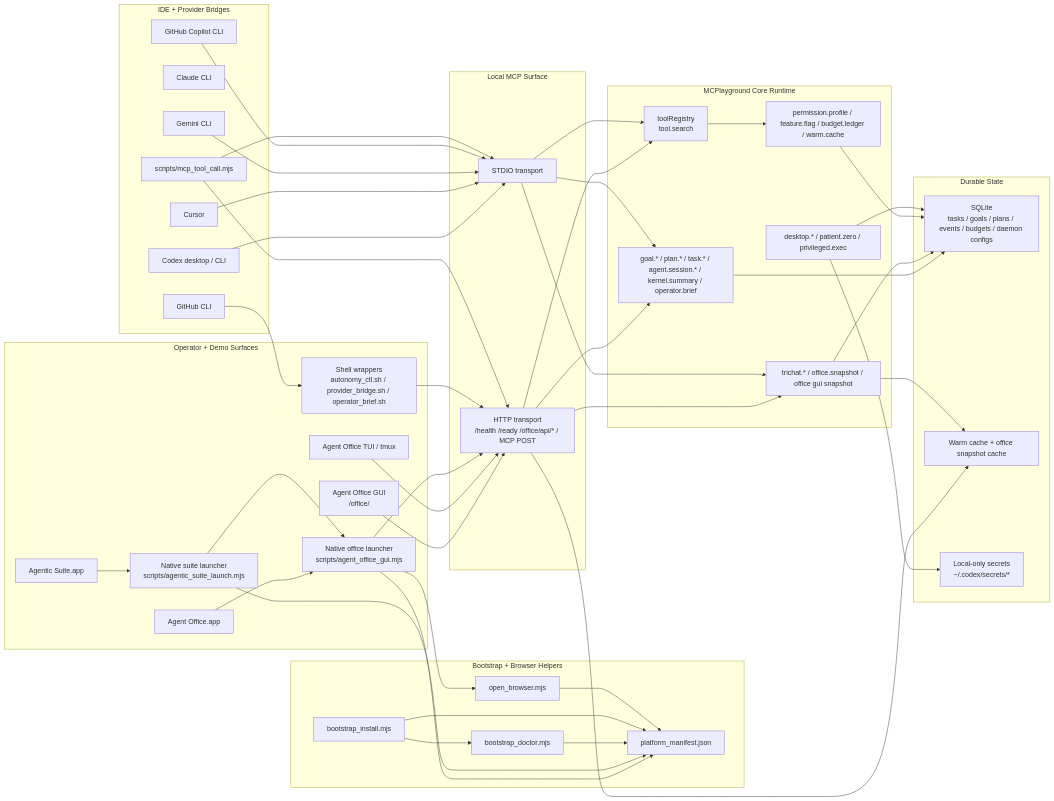
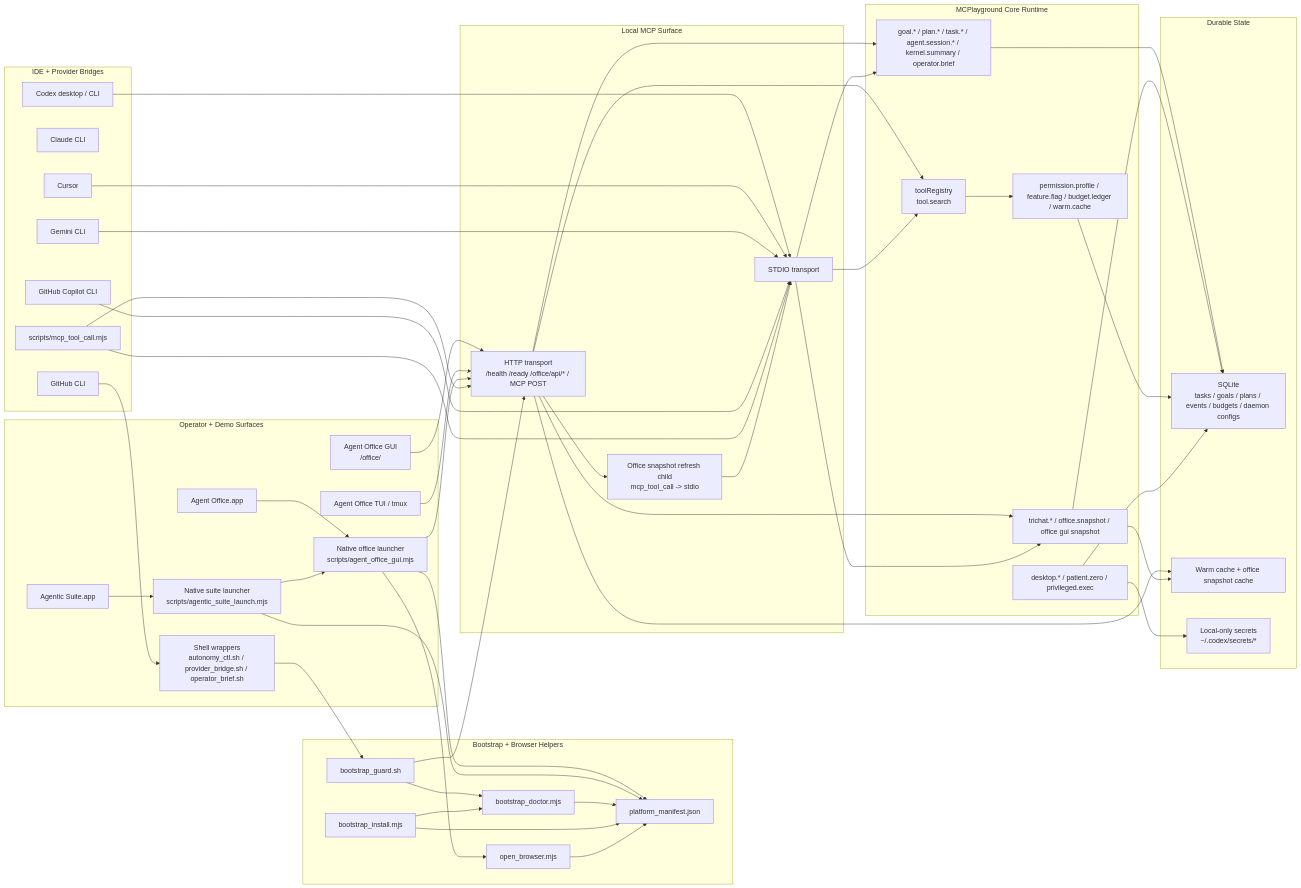
Before and after one commit to driverd12/MCPlayground---Core-Template: the first of 6 diagrams in docs/SYSTEM_INTERCONNECTS.md, drawn with Mermaid. The commit also changed other lines of this file and 13 other files, not shown here.

Commit message:
Harden MCP wrapper and office refresh paths

```diff
--- a/docs/SYSTEM_INTERCONNECTS.md
+++ b/docs/SYSTEM_INTERCONNECTS.md
@@ -21,6 +21,7 @@
   subgraph Bootstrap["Bootstrap + Browser Helpers"]
     Doctor["bootstrap_doctor.mjs"]
     Installer["bootstrap_install.mjs"]
+    Guard["bootstrap_guard.sh"]
     BrowserOpen["open_browser.mjs"]
     Manifest["platform_manifest.json"]
   end
@@ -37,6 +38,7 @@
 
   subgraph MCP["Local MCP Surface"]
     HTTP["HTTP transport<br/>/health /ready /office/api/* / MCP POST"]
+    SnapshotChild["Office snapshot refresh child<br/>mcp_tool_call -> stdio"]
     STDIO["STDIO transport"]
   end
 
@@ -63,8 +65,10 @@
   Launcher --> Manifest
   SuiteLauncher --> Launcher
   SuiteLauncher --> Manifest
-  CLI --> HTTP
+  CLI --> Guard
+  Guard --> HTTP
   Doctor --> Manifest
+  Guard --> Doctor
   Installer --> Manifest
   Installer --> Doctor
   BrowserOpen --> Manifest
@@ -80,6 +84,8 @@
   HTTP --> Registry
   HTTP --> Kernel
   HTTP --> Office
+  HTTP --> SnapshotChild
+  SnapshotChild --> STDIO
   STDIO --> Registry
   STDIO --> Kernel
   STDIO --> Office
```
